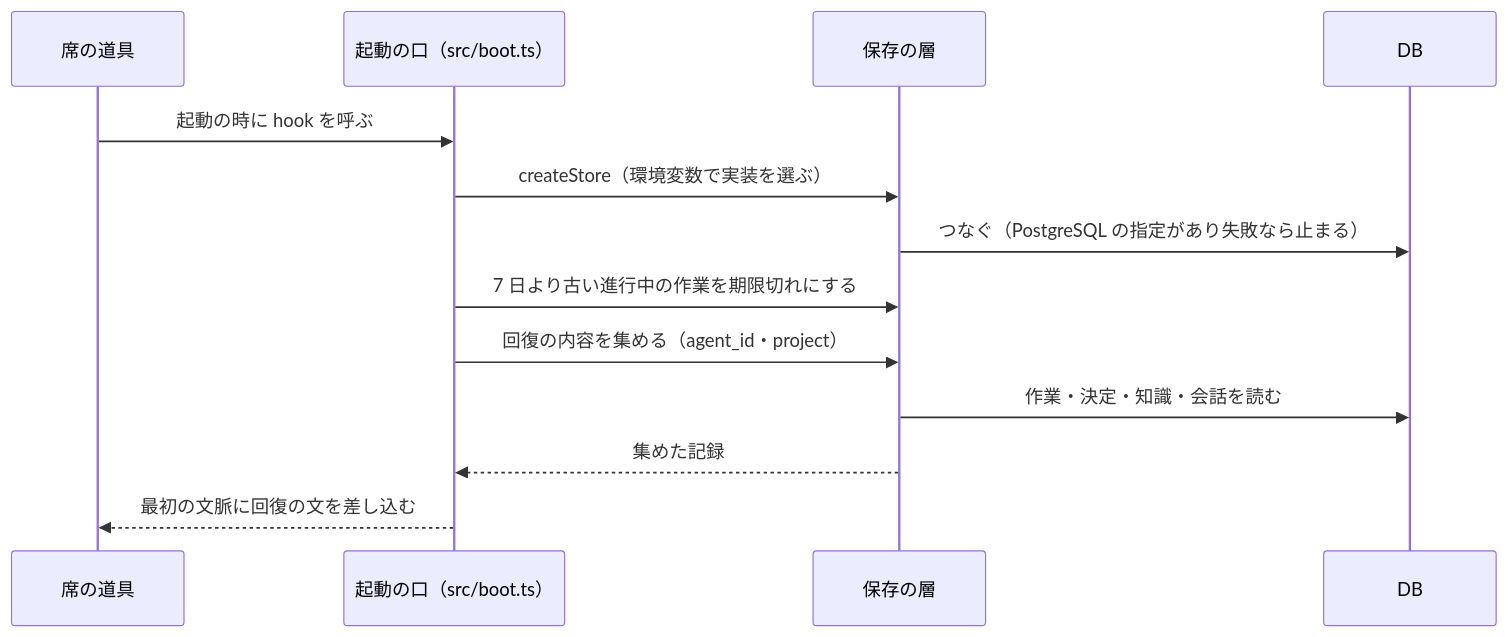
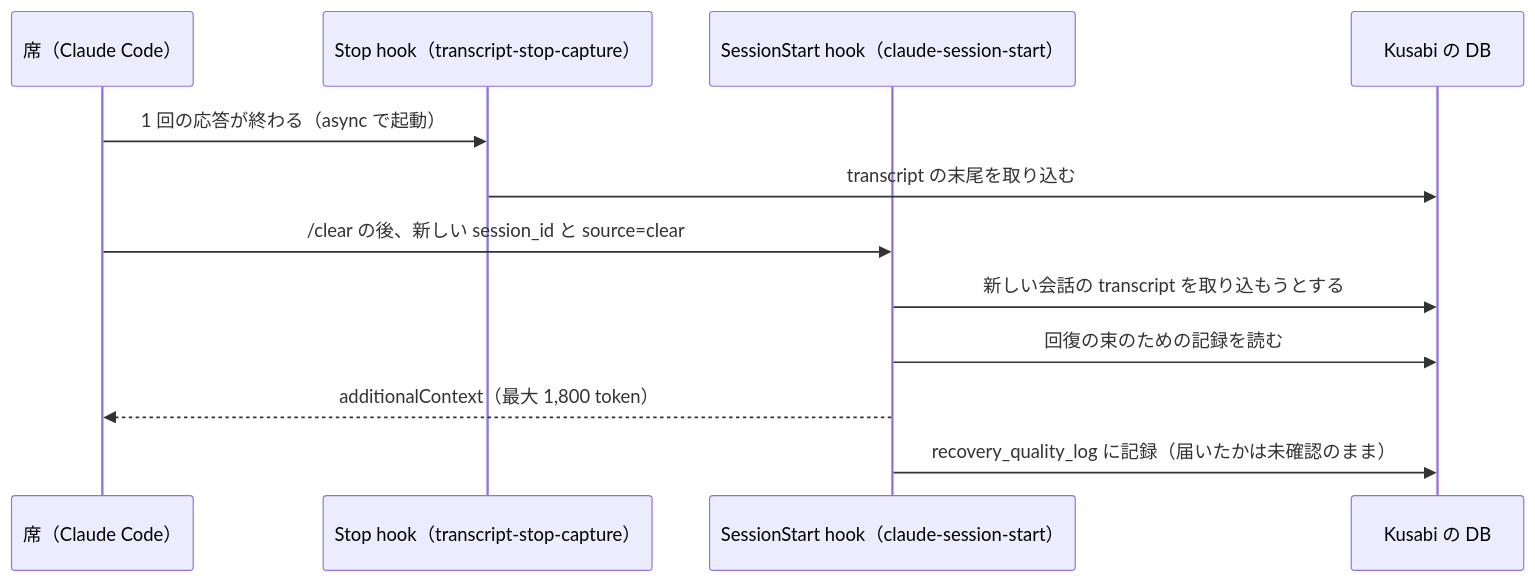
The second of 4 diagrams in aidlc/spaces/default/codekb/agent-memory/architecture.md (watchout/agent-memory), drawn with Mermaid before and after one commit. The commit also changed other lines of this file and 22 other files, not shown here.

````diff
--- a/aidlc/spaces/default/codekb/agent-memory/architecture.md
+++ b/aidlc/spaces/default/codekb/agent-memory/architecture.md
@@ -96,15 +90,14 @@
 ```mermaid
 sequenceDiagram
-  participant Seat as 席の道具
-  participant Boot as 起動の口（src/boot.ts）
-  participant Store as 保存の層
-  participant Db as DB
-  Seat->>Boot: 起動の時に hook を呼ぶ
-  Boot->>Store: createStore（環境変数で実装を選ぶ）
-  Store->>Db: つなぐ（PostgreSQL の指定があり失敗なら止まる）
-  Boot->>Store: 7 日より古い進行中の作業を期限切れにする
-  Boot->>Store: 回復の内容を集める（agent_id・project）
-  Store->>Db: 作業・決定・知識・会話を読む
-  Store-->>Boot: 集めた記録
-  Boot-->>Seat: 最初の文脈に回復の文を差し込む
+  participant P as 席（Claude Code）
+  participant ST as Stop hook（transcript-stop-capture）
+  participant SS as SessionStart hook（claude-session-start）
+  participant DB as Kusabi の DB
+  P->>ST: 1 回の応答が終わる（async で起動）
+  ST->>DB: transcript の末尾を取り込む
+  P->>SS: /clear の後、新しい session_id と source=clear
+  SS->>DB: 新しい会話の transcript を取り込もうとする
+  SS->>DB: 回復の束のための記録を読む
+  SS-->>P: additionalContext（最大 1,800 token）
+  SS->>DB: recovery_quality_log に記録（届いたかは未確認のまま）
 ```
````
